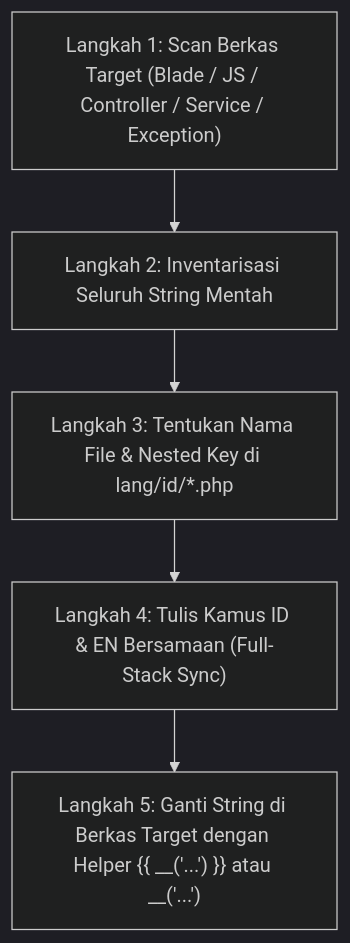
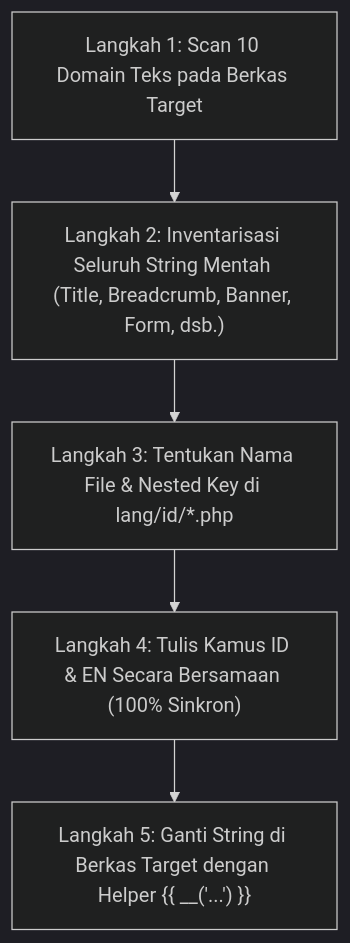
The diagram in .agents/skills/multi-language-and-i18n/references/text-audit-and-extraction-protocol.md (mustaqim-project/cooca_core), drawn with Mermaid (dark theme) before and after one commit. The commit also changed other lines of this file and 349 other files, not shown here.

````diff
--- a/.agents/skills/multi-language-and-i18n/references/text-audit-and-extraction-protocol.md
+++ b/.agents/skills/multi-language-and-i18n/references/text-audit-and-extraction-protocol.md
@@ -28,7 +28,7 @@
 ```mermaid
 graph TD
-    A["Langkah 1: Scan Berkas Target (Blade / JS / Controller / Service / Exception)"] --> B["Langkah 2: Inventarisasi Seluruh String Mentah"]
+    A["Langkah 1: Scan 10 Domain Teks pada Berkas Target"] --> B["Langkah 2: Inventarisasi Seluruh String Mentah (Title, Breadcrumb, Banner, Form, dsb.)"]
     B --> C["Langkah 3: Tentukan Nama File & Nested Key di lang/id/*.php"]
-    C --> D["Langkah 4: Tulis Kamus ID & EN Bersamaan (Full-Stack Sync)"]
-    D --> E["Langkah 5: Ganti String di Berkas Target dengan Helper {{ __('...') }} atau __('...')"]
+    C --> D["Langkah 4: Tulis Kamus ID & EN Secara Bersamaan (100% Sinkron)"]
+    D --> E["Langkah 5: Ganti String di Berkas Target dengan Helper {{ __('...') }}"]
 ```
````
